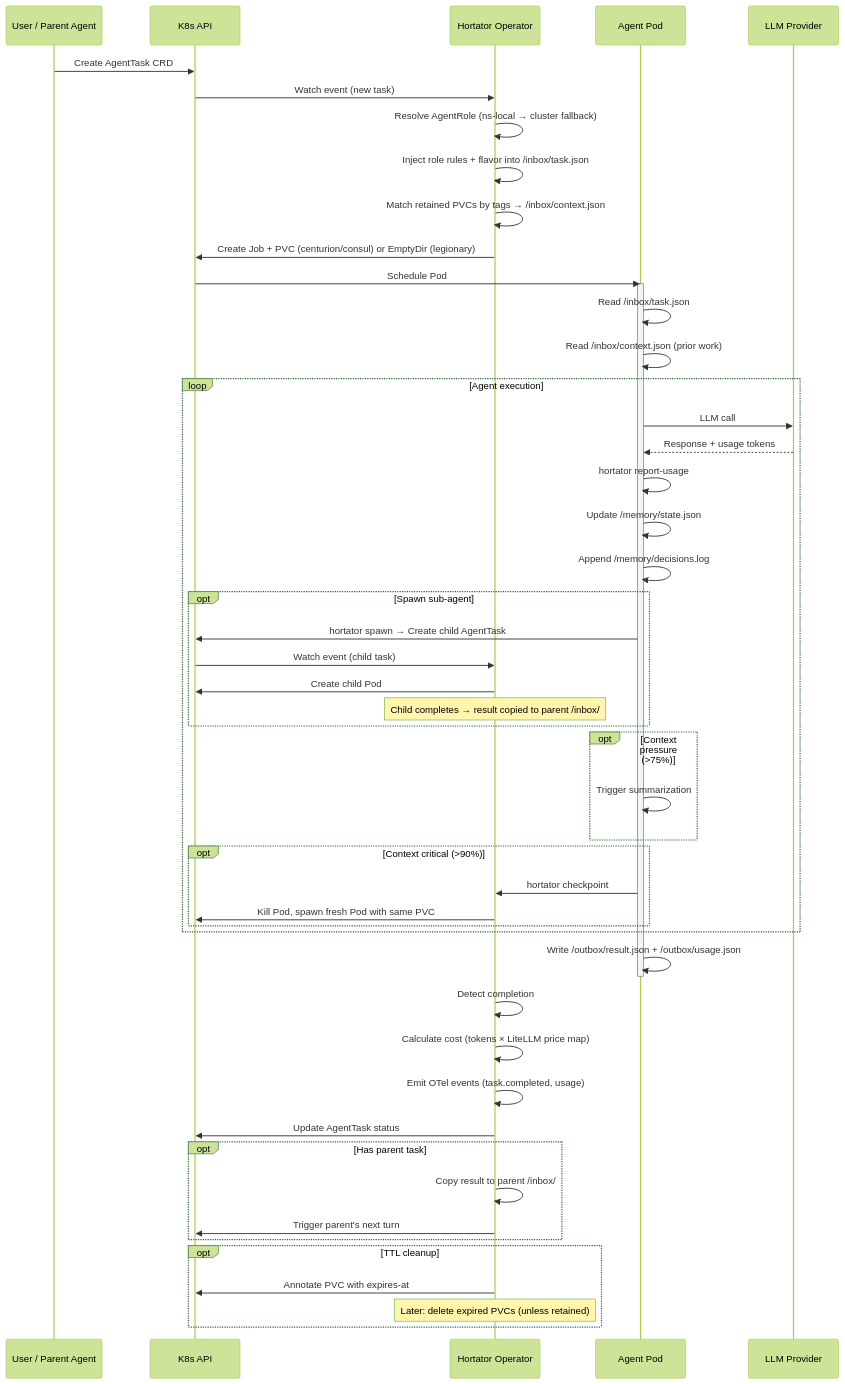
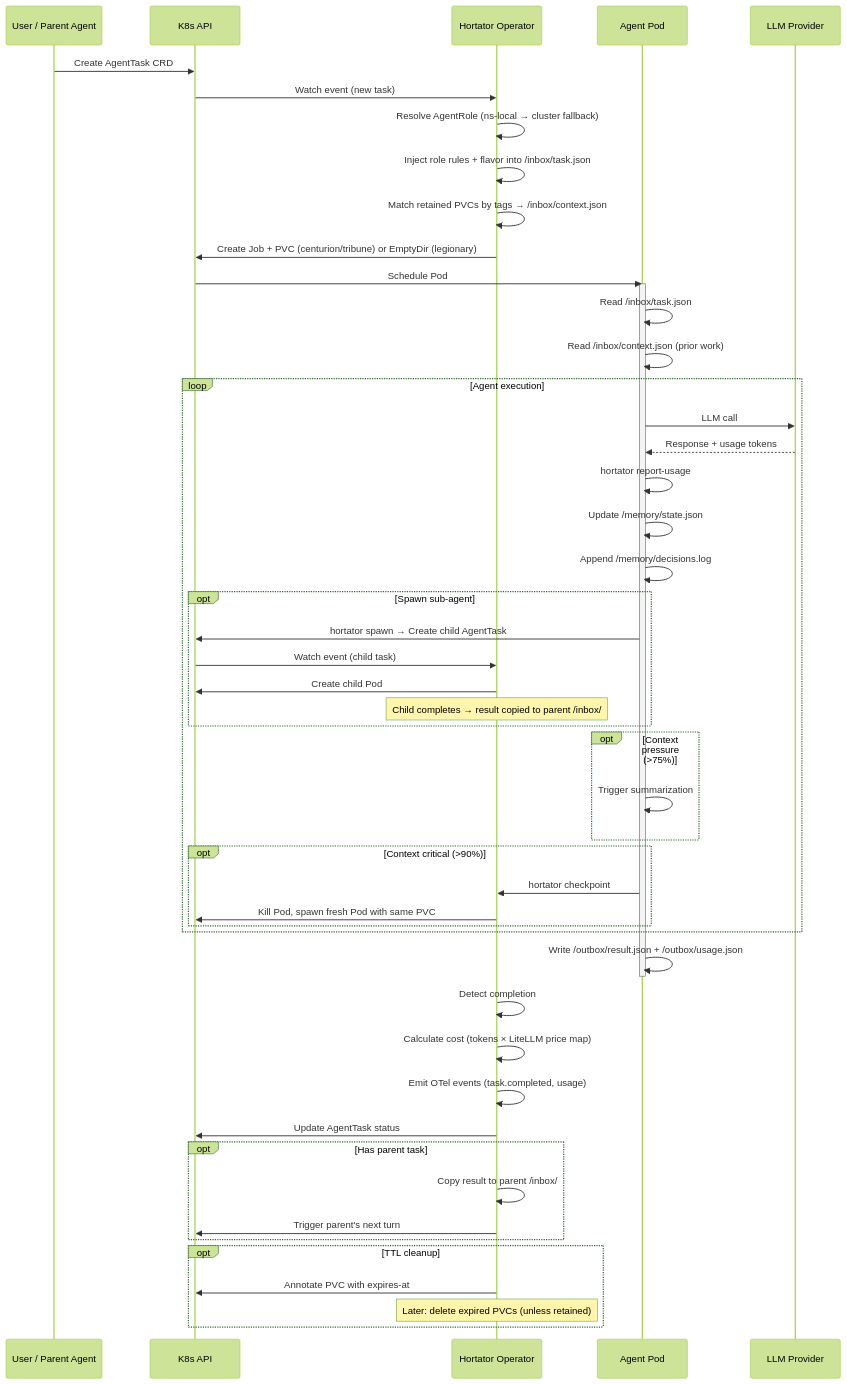
Before and after one commit to hortator-ai/Hortator: the second of 4 diagrams in docs/architecture/overview.md, drawn with Mermaid (forest theme). The commit also changed other lines of this file and 7 other files, not shown here.

First line of the commit message:
Rename consul → tribune (Roman hierarchy: tribune/centurion/legionary)

````diff
--- a/docs/architecture/overview.md
+++ b/docs/architecture/overview.md
@@ -92,62 +92,62 @@
 ```mermaid
 sequenceDiagram
     participant U as User / Parent Agent
     participant K as K8s API
     participant O as Hortator Operator
     participant P as Agent Pod
     participant L as LLM Provider
 
     U->>K: Create AgentTask CRD
     K->>O: Watch event (new task)
     O->>O: Resolve AgentRole (ns-local → cluster fallback)
     O->>O: Inject role rules + flavor into /inbox/task.json
     O->>O: Match retained PVCs by tags → /inbox/context.json
-    O->>K: Create Job + PVC (centurion/consul) or EmptyDir (legionary)
+    O->>K: Create Job + PVC (centurion/tribune) or EmptyDir (legionary)
     K->>P: Schedule Pod
     
     activate P
     P->>P: Read /inbox/task.json
     P->>P: Read /inbox/context.json (prior work)
     
     loop Agent execution
         P->>L: LLM call
         L-->>P: Response + usage tokens
         P->>P: hortator report-usage
         P->>P: Update /memory/state.json
         P->>P: Append /memory/decisions.log
         
         opt Spawn sub-agent
             P->>K: hortator spawn → Create child AgentTask
             K->>O: Watch event (child task)
             O->>K: Create child Pod
             Note over O: Child completes → result copied to parent /inbox/
         end
         
         opt Context pressure (>75%)
             P->>P: Trigger summarization
         end
         
         opt Context critical (>90%)
             P->>O: hortator checkpoint
             O->>K: Kill Pod, spawn fresh Pod with same PVC
         end
     end
     
     P->>P: Write /outbox/result.json + /outbox/usage.json
     deactivate P
     
     O->>O: Detect completion
     O->>O: Calculate cost (tokens × LiteLLM price map)
     O->>O: Emit OTel events (task.completed, usage)
     O->>K: Update AgentTask status
     
     opt Has parent task
         O->>O: Copy result to parent /inbox/
         O->>K: Trigger parent's next turn
     end
     
     opt TTL cleanup
         O->>K: Annotate PVC with expires-at
         Note over O: Later: delete expired PVCs (unless retained)
     end
 ```
````
